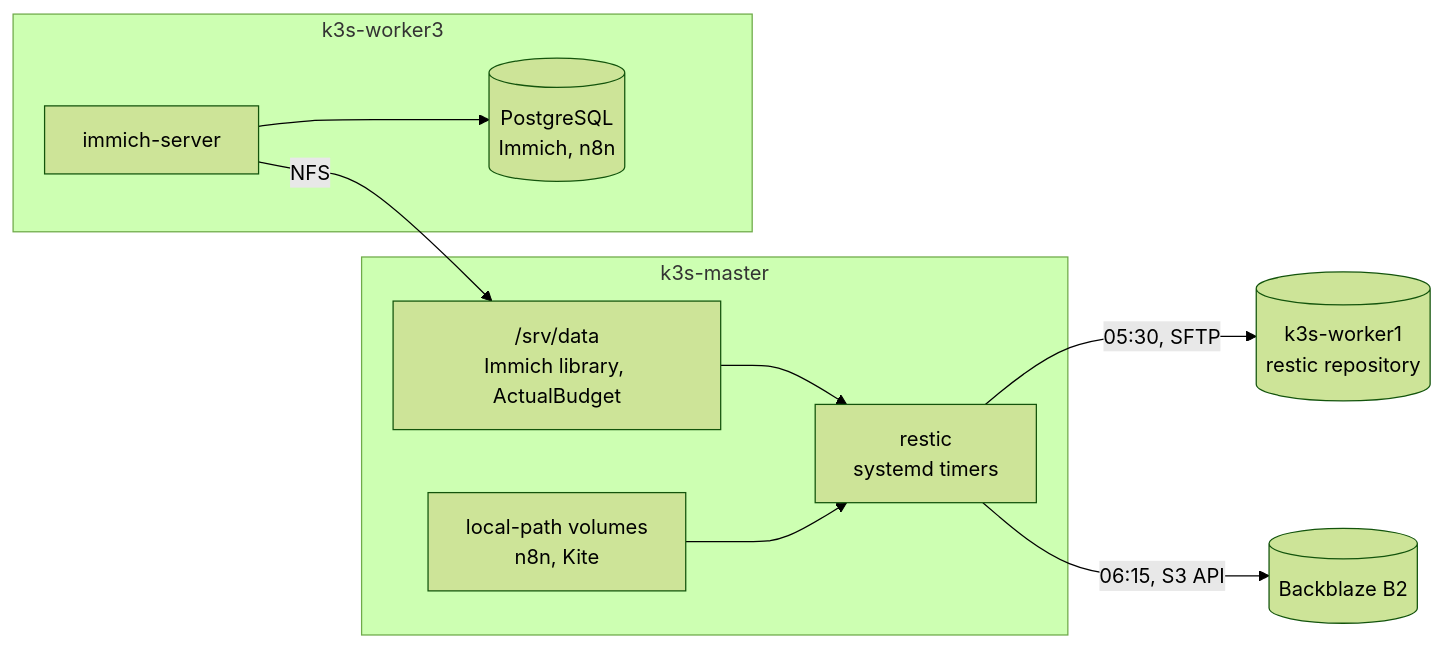
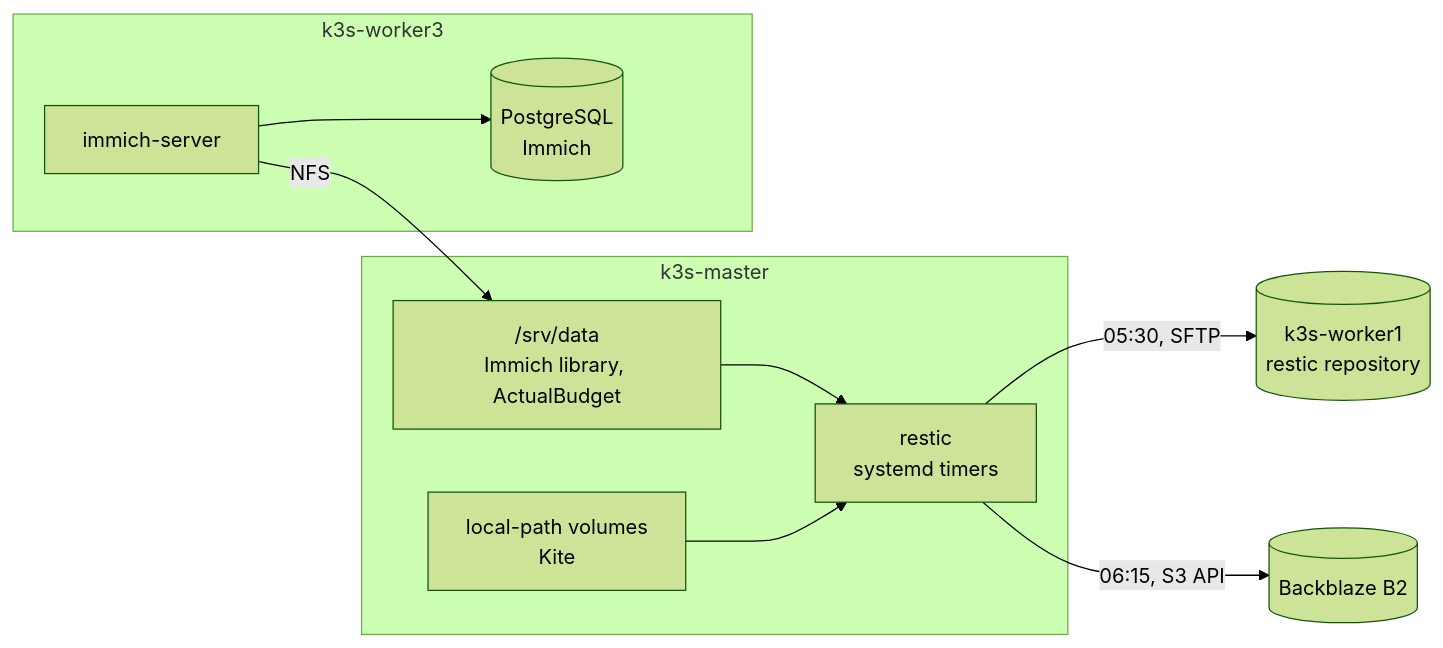
The third of 3 diagrams in docs/architecture.md (yuandrk/homelabops), drawn with Mermaid (forest theme) before and after one commit. The commit also changed 20 other files, not shown here.

````diff
--- a/docs/architecture.md
+++ b/docs/architecture.md
@@ -93,18 +93,18 @@
 ```mermaid
 flowchart LR
     subgraph master["k3s-master"]
         data["/srv/data<br/>Immich library, ActualBudget"]
-        pvcs["local-path volumes<br/>n8n, Kite"]
+        pvcs["local-path volumes<br/>Kite"]
         restic["restic<br/>systemd timers"]
     end
     subgraph worker3["k3s-worker3"]
         immich["immich-server"]
-        pg[("PostgreSQL<br/>Immich, n8n")]
+        pg[("PostgreSQL<br/>Immich")]
     end
     immich -->|"NFS"| data
     immich --> pg
     data --> restic
     pvcs --> restic
     restic -->|"05:30, SFTP"| local[("k3s-worker1<br/>restic repository")]
     restic -->|"06:15, S3 API"| b2[("Backblaze B2")]
 ```
````
